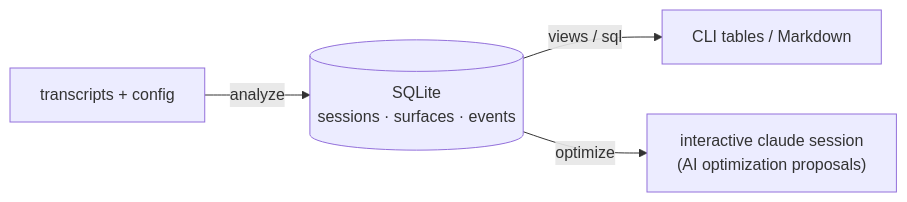
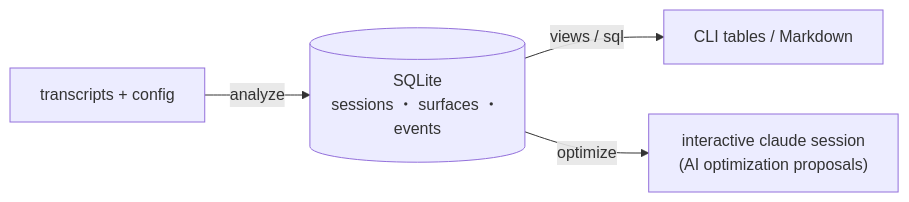
The first of 3 diagrams in docs/specs/architecture.md (armaniacs/saniwalens), drawn with Mermaid before and after one commit. The commit also changed other lines of this file, not shown here.

First line of the commit message:
docs(specs): docs-charset 規約に従い architecture.md の em dash を水平棒に置き換える

````diff
--- a/docs/specs/architecture.md
+++ b/docs/specs/architecture.md
@@ -29,6 +29,6 @@
 ```mermaid
 flowchart LR
-    raw["transcripts + config"] -->|analyze| db[("SQLite<br/>sessions · surfaces · events")]
+    raw["transcripts + config"] -->|analyze| db[("SQLite<br/>sessions ・ surfaces ・ events")]
     db -->|views / sql| out["CLI tables / Markdown"]
     db -->|optimize| ai["interactive claude session<br/>(AI optimization proposals)"]
 ```
````
